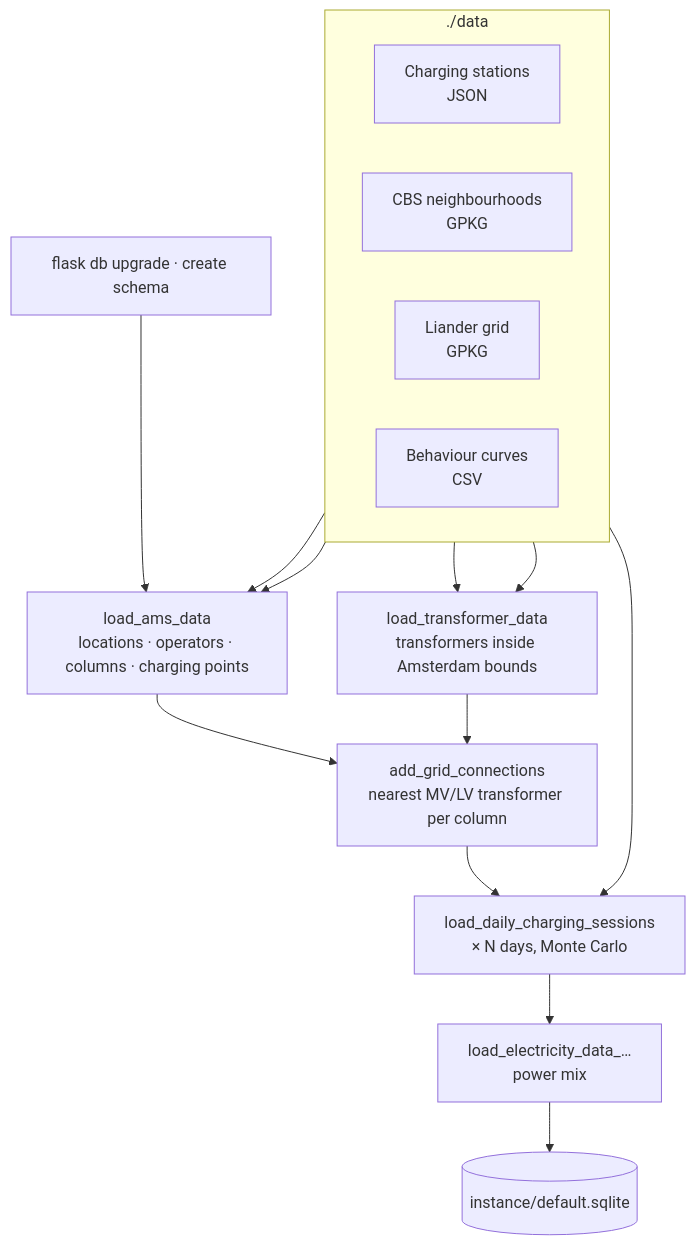
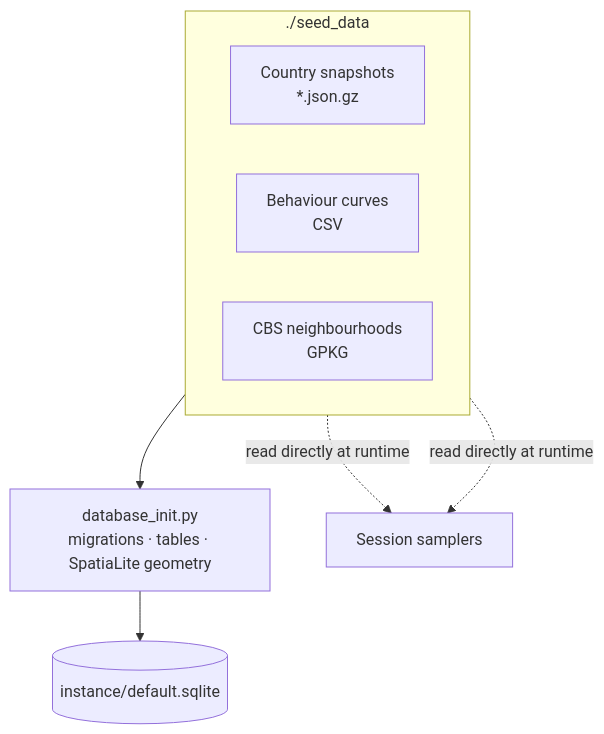
One commit to StavrosOrf/EPIOT changed the first of 2 diagrams in docs/operations/database.md. Above: the diagram before and after it, drawn with Mermaid. The commit also changed other lines of this file and 106 other files, not shown here.

````diff
--- a/docs/operations/database.md
+++ b/docs/operations/database.md
@@ -8,18 +9,12 @@
 ```{mermaid}
 flowchart TB
-    subgraph Sources["./data"]
+    subgraph Seed["./seed_data"]
         direction LR
-        J[Charging stations<br/>JSON]
+        S[Country snapshots<br/>*.json.gz]
+        D[Behaviour curves<br/>CSV]
         B[CBS neighbourhoods<br/>GPKG]
-        G[Liander grid<br/>GPKG]
-        D[Behaviour curves<br/>CSV]
     end
-    M[flask db upgrade · create schema] --> L1
-    J & B --> L1[load_ams_data<br/>locations · operators · columns · charging points]
-    G & B --> L2[load_transformer_data<br/>transformers inside Amsterdam bounds]
-    L1 & L2 --> L3[add_grid_connections<br/>nearest MV/LV transformer per column]
-    L3 --> L4[load_daily_charging_sessions<br/>× N days, Monte Carlo]
-    D --> L4
-    L4 --> L5[load_electricity_data_…<br/>power mix]
-    L5 --> DB[(instance/default.sqlite)]
+    S --> I[database_init.py<br/>migrations · tables · SpatiaLite geometry]
+    I --> DB[(instance/default.sqlite)]
+    D & B -. read directly at runtime .-> APP[Session samplers]
 ```
````
